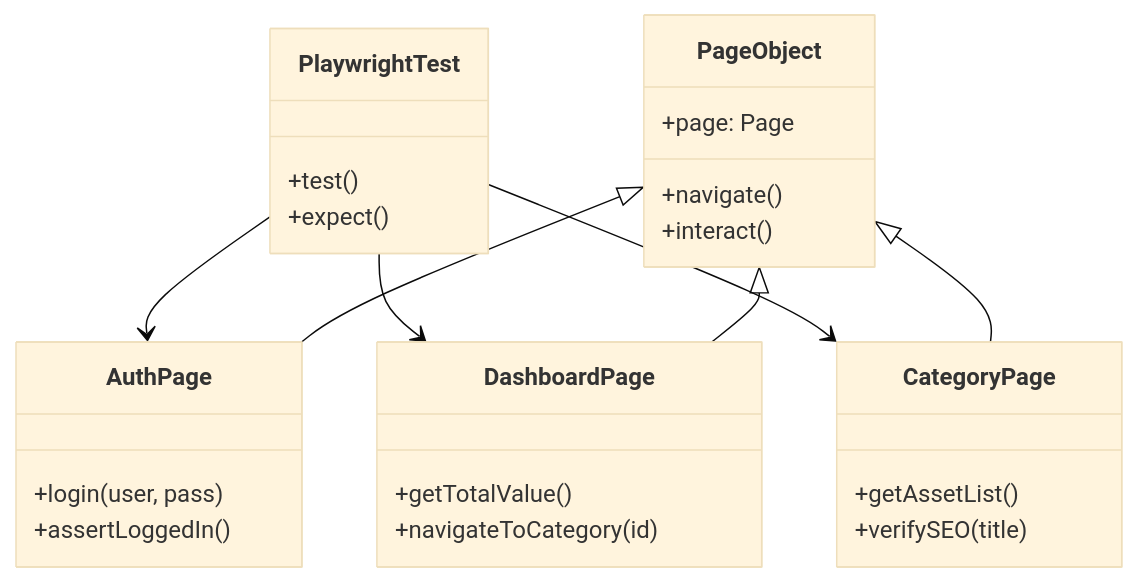
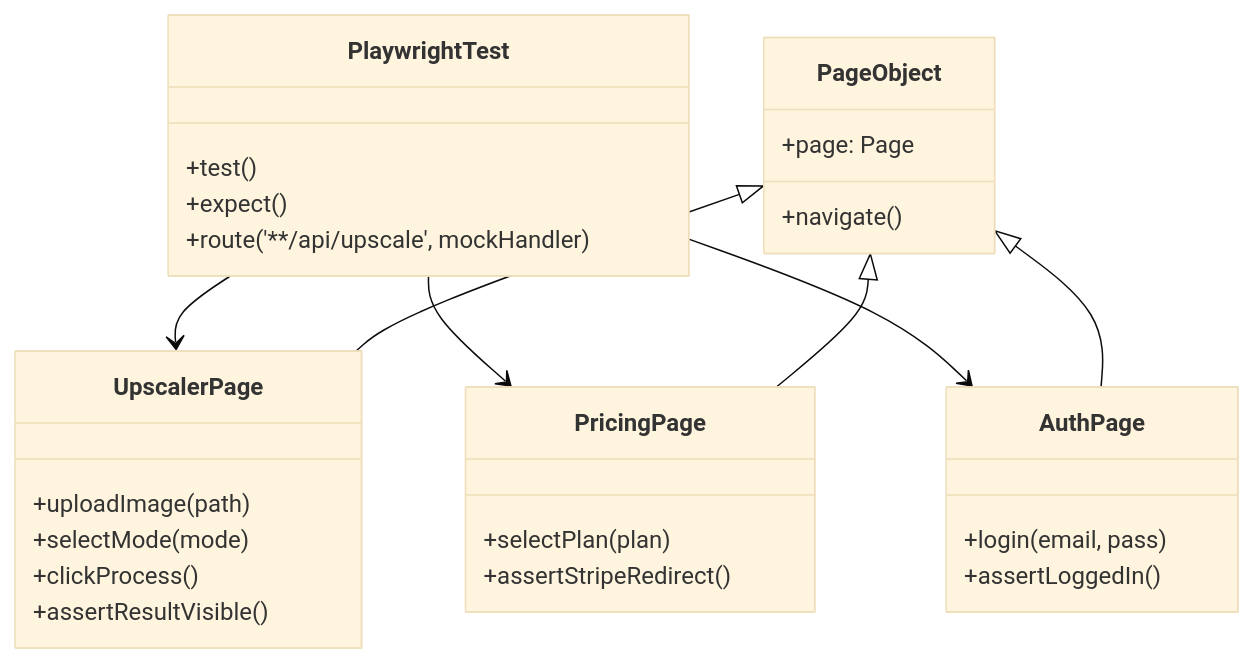
One commit to jonit-dev/pixelperfect changed the second of 3 diagrams in docs/plans/002-e2e-testing-strategy.md. Above: the diagram before and after it, drawn with Mermaid (base theme). The commit also changed other lines of this file and 9 other files, not shown here.

````diff
--- a/docs/plans/002-e2e-testing-strategy.md
+++ b/docs/plans/002-e2e-testing-strategy.md
@@ -59,31 +60,33 @@
 ```mermaid
 classDiagram
     class PlaywrightTest {
         +test()
         +expect()
+        +route('**/api/upscale', mockHandler)
     }
     class PageObject {
         +page: Page
         +navigate()
-        +interact()
+    }
+    class UpscalerPage {
+        +uploadImage(path)
+        +selectMode(mode)
+        +clickProcess()
+        +assertResultVisible()
+    }
+    class PricingPage {
+        +selectPlan(plan)
+        +assertStripeRedirect()
     }
     class AuthPage {
-        +login(user, pass)
+        +login(email, pass)
         +assertLoggedIn()
     }
-    class DashboardPage {
-        +getTotalValue()
-        +navigateToCategory(id)
-    }
-    class CategoryPage {
-        +getAssetList()
-        +verifySEO(title)
-    }
 
+    PlaywrightTest --> UpscalerPage
+    PlaywrightTest --> PricingPage
     PlaywrightTest --> AuthPage
-    PlaywrightTest --> DashboardPage
-    PlaywrightTest --> CategoryPage
+    PageObject <|-- UpscalerPage
+    PageObject <|-- PricingPage
     PageObject <|-- AuthPage
-    PageObject <|-- DashboardPage
-    PageObject <|-- CategoryPage
 ```
````
